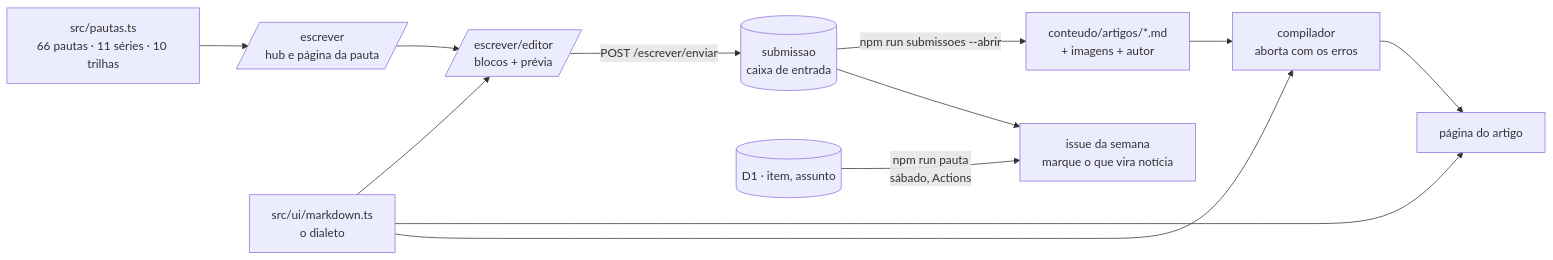
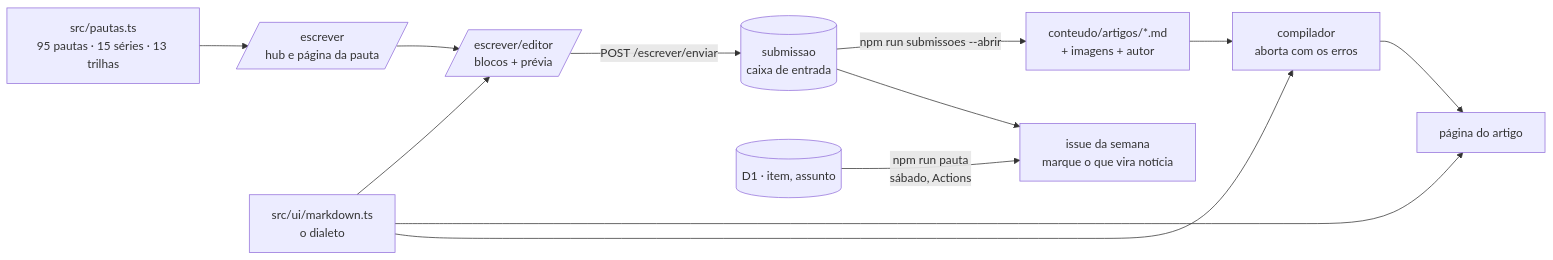
One commit to pethrus07/instituto-automacao changed the second of 2 diagrams in docs/ARQUITETURA.md. Above: the diagram before and after it, drawn with Mermaid. The commit also changed other lines of this file and 6 other files, not shown here.

````diff
--- a/docs/ARQUITETURA.md
+++ b/docs/ARQUITETURA.md
@@ -654,13 +659,13 @@
 ```mermaid
 flowchart LR
-  P[src/pautas.ts<br/>66 pautas · 11 séries · 10 trilhas] --> H[/escrever<br/>hub e página da pauta/]
+  P[src/pautas.ts<br/>95 pautas · 15 séries · 13 trilhas] --> H[/escrever<br/>hub e página da pauta/]
   H --> E[/escrever/editor<br/>blocos + prévia/]
   B[src/ui/markdown.ts<br/>o dialeto] --> E
   B --> W[página do artigo]
   B --> C[compilador<br/>aborta com os erros]
   E -->|POST /escrever/enviar| S[(submissao<br/>caixa de entrada)]
   S -->|npm run submissoes --abrir| G[conteudo/artigos/*.md<br/>+ imagens + autor]
   G --> C --> W
   D[(D1 · item, assunto)] -->|npm run pauta<br/>sábado, Actions| I[issue da semana<br/>marque o que vira notícia]
   S --> I
 ```
````
